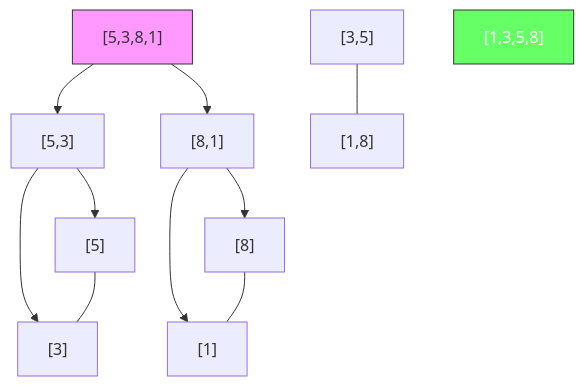
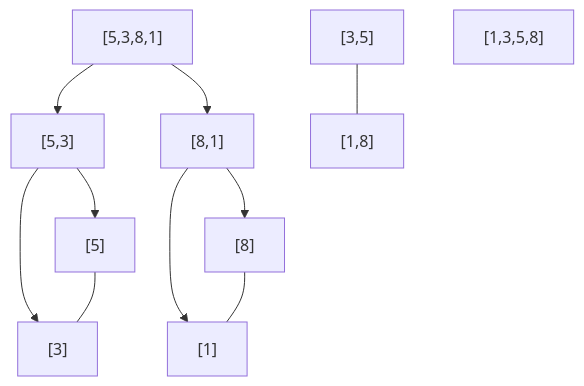
The first of 2 diagrams in docs/lessons/thuat-toan-sap-xep.md (FPTOJ-OJ/fptoj_wiki), drawn with Mermaid before and after one commit. The commit also changed other lines of this file and 18 other files, not shown here.

First line of the commit message:
fix: LaTeX errors, mermaid theme switching, remove custom colors

````diff
--- a/docs/lessons/thuat-toan-sap-xep.md
+++ b/docs/lessons/thuat-toan-sap-xep.md
@@ -307,16 +342,15 @@
 ```mermaid
 graph TD
     n5381["[5,3,8,1]"] --> n53["[5,3]"]
     n5381["[5,3,8,1]"] --> n81["[8,1]"]
     n53 --> n5["[5]"]
     n53 --> n3["[3]"]
     n81 --> n8["[8]"]
     n81 --> n1["[1]"]
     n5 --- n3
     n8 --- n1
     n35["[3,5]"] --- n18["[1,8]"]
     n1358["[1,3,5,8]"]
 
-    style n5381 fill:#f9f,stroke:#333
-    style n1358 fill:#6f6,stroke:#333,color:#fff
+
 ```
````
